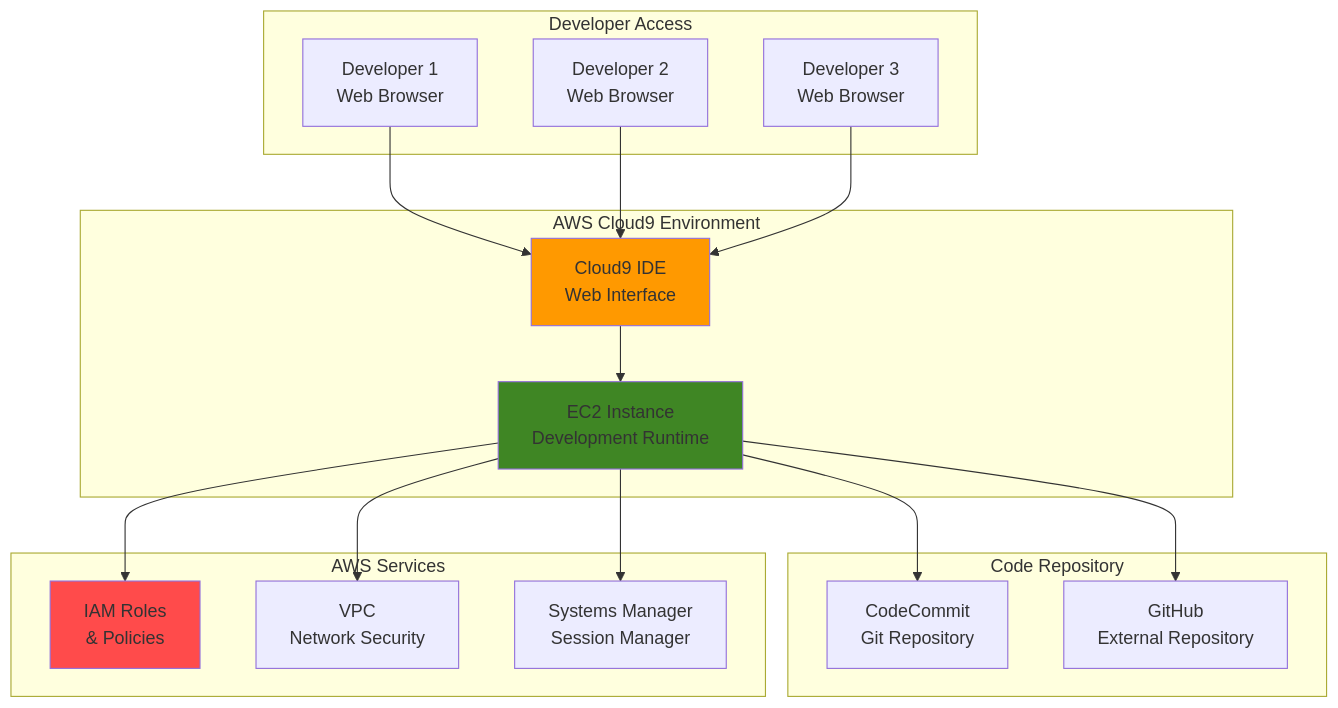
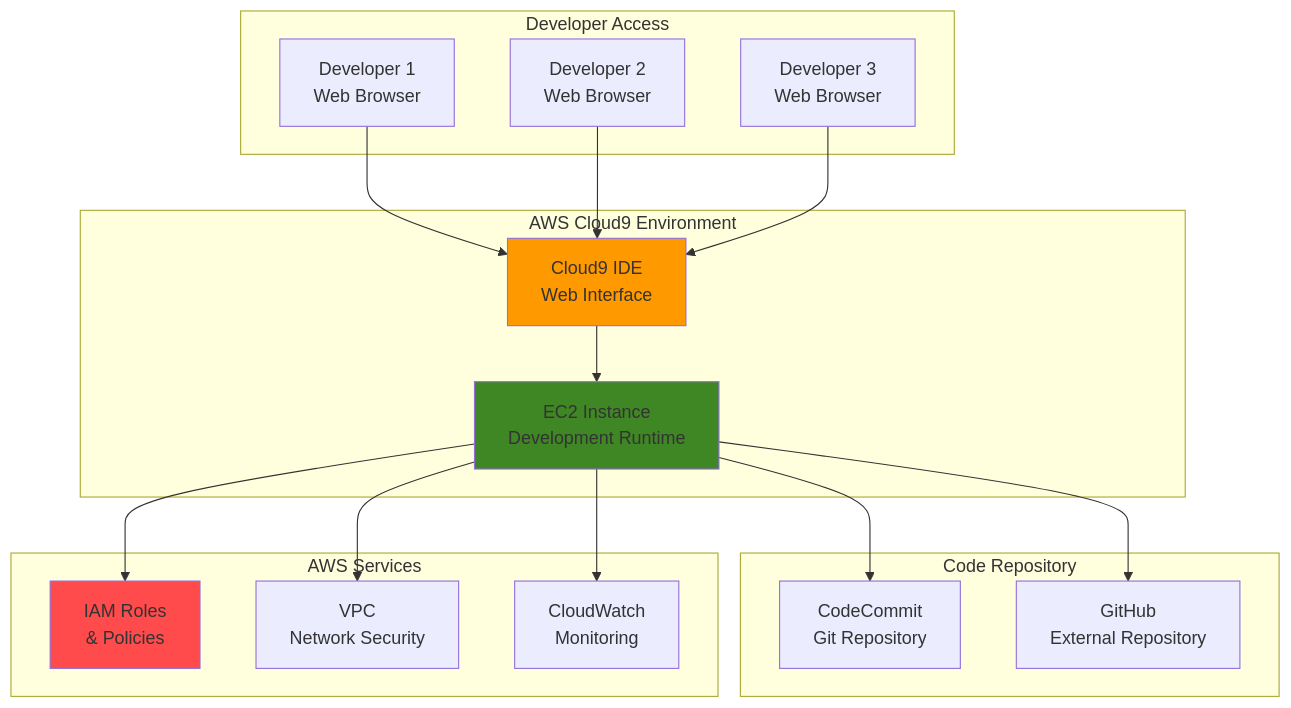
Before and after one commit to mzazon/awesome-cloud-projects: the diagram in aws/developer-environments-cloud9/developer-environments-cloud9.md, drawn with Mermaid. The commit also changed other lines of this file and 5581 other files, not shown here.

````diff
--- a/aws/developer-environments-cloud9/developer-environments-cloud9.md
+++ b/aws/developer-environments-cloud9/developer-environments-cloud9.md
@@ -30,40 +30,40 @@
 ```mermaid
 graph TB
     subgraph "Developer Access"
         DEV1[Developer 1<br/>Web Browser]
         DEV2[Developer 2<br/>Web Browser]
         DEV3[Developer 3<br/>Web Browser]
     end
     
     subgraph "AWS Cloud9 Environment"
         CLOUD9[Cloud9 IDE<br/>Web Interface]
         EC2[EC2 Instance<br/>Development Runtime]
     end
     
     subgraph "Code Repository"
         CODECOMMIT[CodeCommit<br/>Git Repository]
         GITHUB[GitHub<br/>External Repository]
     end
     
     subgraph "AWS Services"
         IAM[IAM Roles<br/>& Policies]
         VPC[VPC<br/>Network Security]
-        SM[Systems Manager<br/>Session Manager]
+        CW[CloudWatch<br/>Monitoring]
     end
     
     DEV1 --> CLOUD9
     DEV2 --> CLOUD9
     DEV3 --> CLOUD9
     
     CLOUD9 --> EC2
     EC2 --> CODECOMMIT
     EC2 --> GITHUB
     
     EC2 --> IAM
     EC2 --> VPC
-    EC2 --> SM
+    EC2 --> CW
     
     style CLOUD9 fill:#FF9900
     style EC2 fill:#3F8624
     style IAM fill:#FF4B4B
 ```
````
